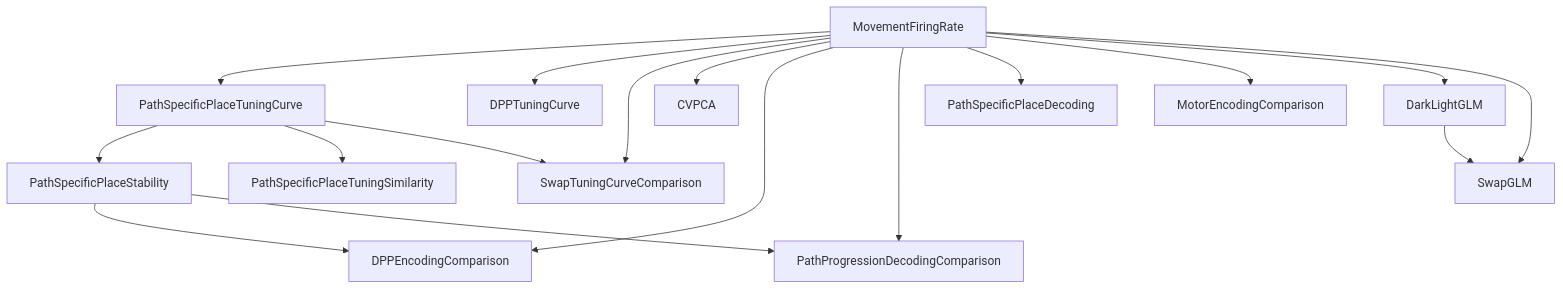
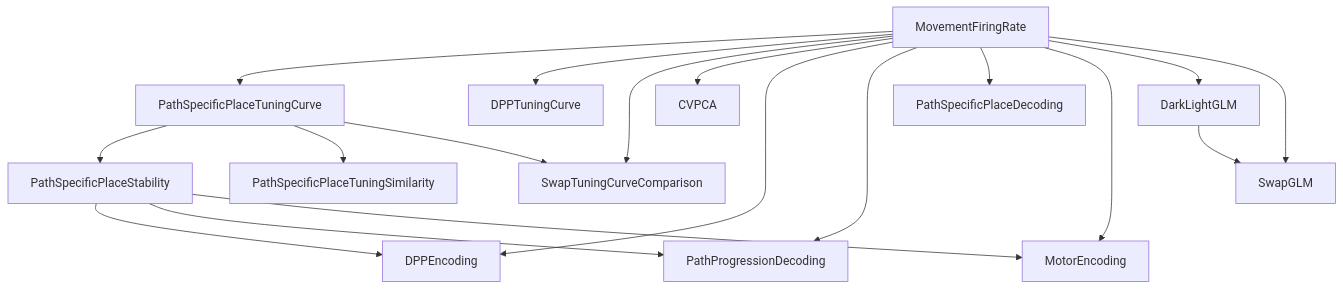
Before and after one commit to khl02007/v1ca1: the second of 3 diagrams in src/v1ca1/spyglass/README.md, drawn with Mermaid. The commit also changed other lines of this file and 18 other files, not shown here.

````diff
--- a/src/v1ca1/spyglass/README.md
+++ b/src/v1ca1/spyglass/README.md
@@ -133,19 +137,20 @@
 ```mermaid
 flowchart TD
     MFR[MovementFiringRate] --> TC[PathSpecificPlaceTuningCurve]
     MFR --> DPP[DPPTuningCurve]
     TC --> ST[PathSpecificPlaceStability]
     TC --> SIM[PathSpecificPlaceTuningSimilarity]
     TC --> STC[SwapTuningCurveComparison]
     MFR --> STC
     MFR --> CVPCA
-    MFR --> ENC[DPPEncodingComparison]
+    MFR --> ENC[DPPEncoding]
     ST --> ENC
-    MFR --> DEC[PathProgressionDecodingComparison]
+    MFR --> DEC[PathProgressionDecoding]
     ST --> DEC
     MFR --> PSD[PathSpecificPlaceDecoding]
-    MFR --> MOTOR[MotorEncodingComparison]
+    MFR --> MOTOR[MotorEncoding]
+    ST --> MOTOR
     MFR --> DLG[DarkLightGLM]
     DLG --> SGLM[SwapGLM]
     MFR --> SGLM
 ```
````
